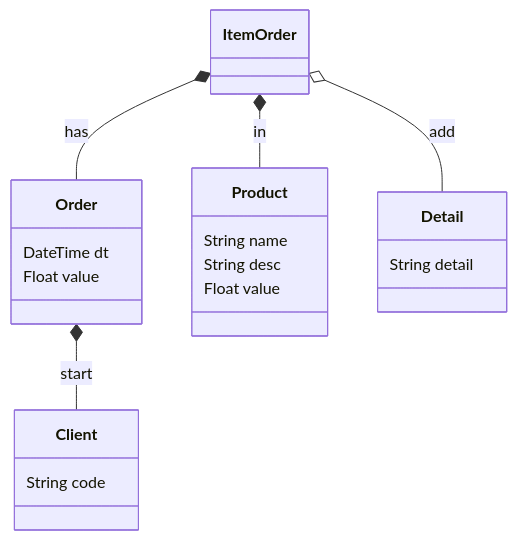
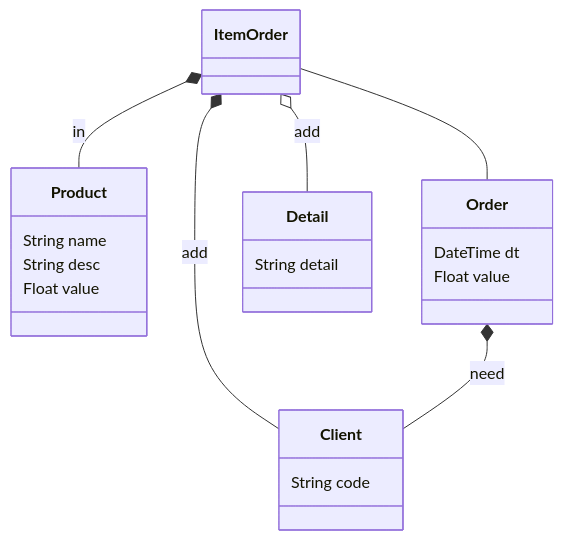
One commit to LocoUnPocoNadaMas/barcito changed the second of 4 diagrams in README.md. Above: the diagram before and after it, drawn with Mermaid. The commit also changed 8 other files, not shown here.

````diff
--- a/README.md
+++ b/README.md
@@ -28,14 +28,16 @@
 ```mermaid
 classDiagram
-ItemOrder *-- Order : has
+ItemOrder *-- Client : add
 ItemOrder *-- Product : in
-Order *-- Client : start
+ItemOrder -- Order
+Order *-- Client : need
 ItemOrder o-- Detail : add
+
 Order: DateTime dt
 Order: Float value
 Product: String name
 Product: String desc
 Product: Float value
 Detail: String detail
 Client: String code
 ```
````
